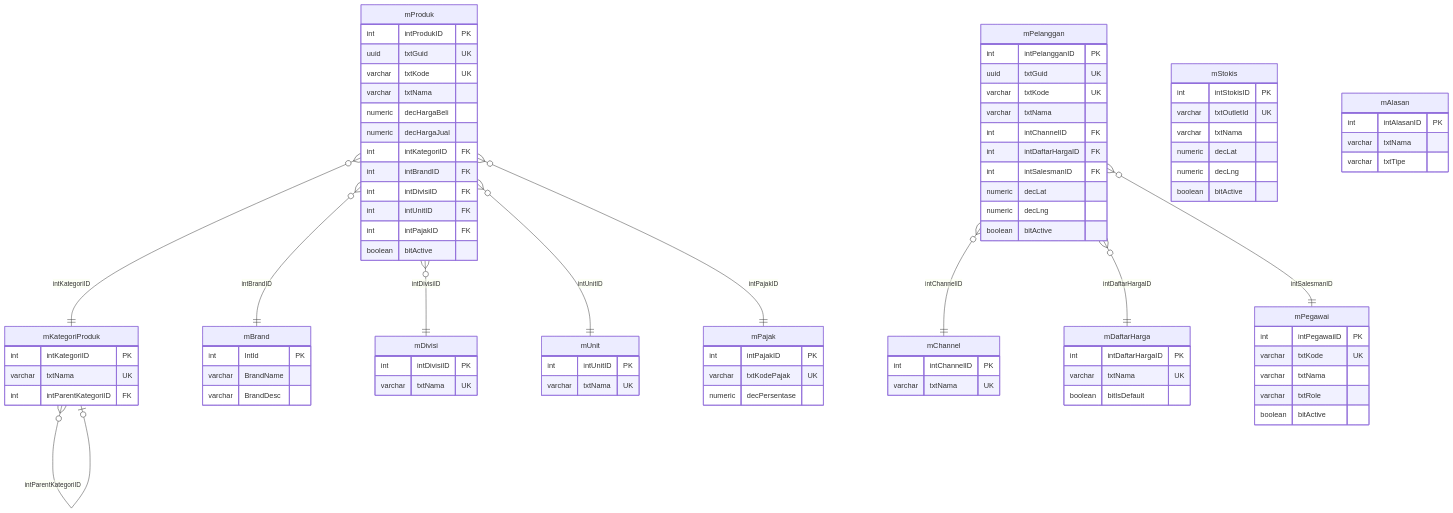
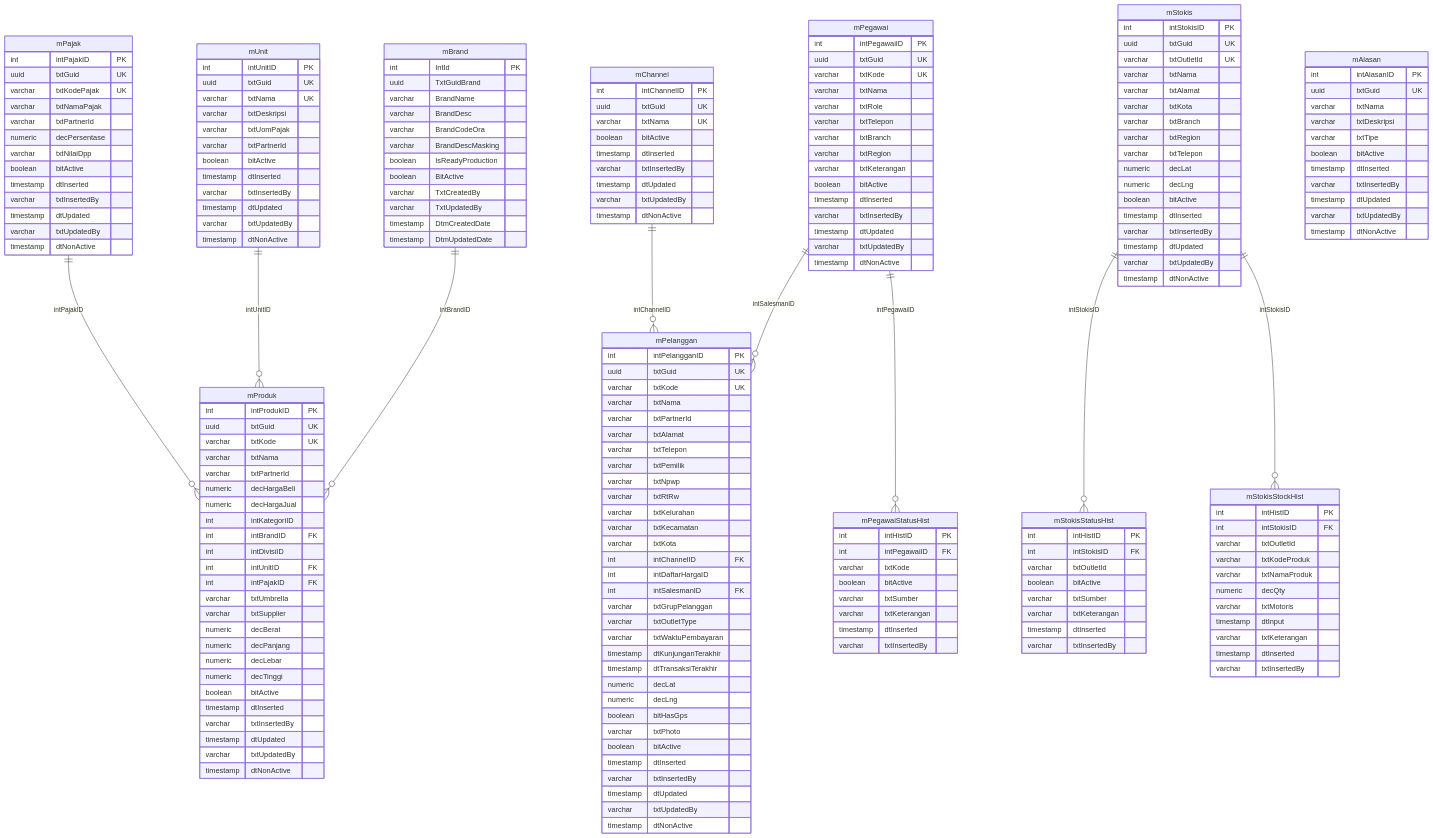
Before and after one commit to Agengkurnia/prototype-falcon-fprs-web: the second of 2 diagrams in wwwroot/document/FSD/FalconWebPortal/source/FSD_Falcon_Web_MasterData_v1.0.md, drawn with Mermaid. The commit also changed other lines of this file and 69 other files, not shown here.

````diff
--- a/wwwroot/document/FSD/FalconWebPortal/source/FSD_Falcon_Web_MasterData_v1.0.md
+++ b/wwwroot/document/FSD/FalconWebPortal/source/FSD_Falcon_Web_MasterData_v1.0.md
@@ -811,92 +894,208 @@
 ```mermaid
+%%{init: {"theme":"default","themeVariables":{"fontSize":"16px"},"er":{"layoutDirection":"TB","entityPadding":8,"fontSize":16}}}%%
 erDiagram
-    mProduk }o--|| mKategoriProduk : "intKategoriID"
-    mProduk }o--|| mBrand : "intBrandID"
-    mProduk }o--|| mDivisi : "intDivisiID"
-    mProduk }o--|| mUnit : "intUnitID"
-    mProduk }o--|| mPajak : "intPajakID"
-    mKategoriProduk }o--o| mKategoriProduk : "intParentKategoriID"
-
-    mPelanggan }o--|| mChannel : "intChannelID"
-    mPelanggan }o--|| mDaftarHarga : "intDaftarHargaID"
-    mPelanggan }o--|| mPegawai : "intSalesmanID"
+    mPajak ||--o{ mProduk : intPajakID
+    mUnit ||--o{ mProduk : intUnitID
+    mBrand ||--o{ mProduk : intBrandID
+    mChannel ||--o{ mPelanggan : intChannelID
+    mPegawai ||--o{ mPelanggan : intSalesmanID
+    mPegawai ||--o{ mPegawaiStatusHist : intPegawaiID
+    mStokis ||--o{ mStokisStatusHist : intStokisID
+    mStokis ||--o{ mStokisStockHist : intStokisID
 
     mProduk {
         int intProdukID PK
         uuid txtGuid UK
         varchar txtKode UK
         varchar txtNama
+        varchar txtPartnerId
         numeric decHargaBeli
         numeric decHargaJual
-        int intKategoriID FK
+        int intKategoriID
         int intBrandID FK
-        int intDivisiID FK
+        int intDivisiID
         int intUnitID FK
         int intPajakID FK
+        varchar txtUmbrella
+        varchar txtSupplier
+        numeric decBerat
+        numeric decPanjang
+        numeric decLebar
+        numeric decTinggi
         boolean bitActive
+        timestamp dtInserted
+        varchar txtInsertedBy
+        timestamp dtUpdated
+        varchar txtUpdatedBy
+        timestamp dtNonActive
+    }
+    mPajak {
+        int intPajakID PK
+        uuid txtGuid UK
+        varchar txtKodePajak UK
+        varchar txtNamaPajak
+        varchar txtPartnerId
+        numeric decPersentase
+        varchar txtNilaiDpp
+        boolean bitActive
+        timestamp dtInserted
+        varchar txtInsertedBy
+        timestamp dtUpdated
+        varchar txtUpdatedBy
+        timestamp dtNonActive
+    }
+    mUnit {
+        int intUnitID PK
+        uuid txtGuid UK
+        varchar txtNama UK
+        varchar txtDeskripsi
+        varchar txtUomPajak
+        varchar txtPartnerId
+        boolean bitActive
+        timestamp dtInserted
+        varchar txtInsertedBy
+        timestamp dtUpdated
+        varchar txtUpdatedBy
+        timestamp dtNonActive
+    }
+    mBrand {
+        int IntId PK
+        uuid TxtGuidBrand
+        varchar BrandName
+        varchar BrandDesc
+        varchar BrandCodeOra
+        varchar BrandDescMasking
+        boolean IsReadyProduction
+        boolean BitActive
+        varchar TxtCreatedBy
+        varchar TxtUpdatedBy
+        timestamp DtmCreatedDate
+        timestamp DtmUpdatedDate
     }
     mPelanggan {
         int intPelangganID PK
         uuid txtGuid UK
         varchar txtKode UK
         varchar txtNama
+        varchar txtPartnerId
+        varchar txtAlamat
+        varchar txtTelepon
+        varchar txtPemilik
+        varchar txtNpwp
+        varchar txtRtRw
+        varchar txtKelurahan
+        varchar txtKecamatan
+        varchar txtKota
         int intChannelID FK
-        int intDaftarHargaID FK
+        int intDaftarHargaID
         int intSalesmanID FK
+        varchar txtGrupPelanggan
+        varchar txtOutletType
+        varchar txtWaktuPembayaran
+        timestamp dtKunjunganTerakhir
+        timestamp dtTransaksiTerakhir
+        numeric decLat
+        numeric decLng
+        boolean bitHasGps
+        varchar txtPhoto
+        boolean bitActive
+        timestamp dtInserted
+        varchar txtInsertedBy
+        timestamp dtUpdated
+        varchar txtUpdatedBy
+        timestamp dtNonActive
+    }
+    mChannel {
+        int intChannelID PK
+        uuid txtGuid UK
+        varchar txtNama UK
+        boolean bitActive
+        timestamp dtInserted
+        varchar txtInsertedBy
+        timestamp dtUpdated
+        varchar txtUpdatedBy
+        timestamp dtNonActive
+    }
+    mPegawai {
+        int intPegawaiID PK
+        uuid txtGuid UK
+        varchar txtKode UK
+        varchar txtNama
+        varchar txtRole
+        varchar txtTelepon
+        varchar txtBranch
+        varchar txtRegion
+        varchar txtKeterangan
+        boolean bitActive
+        timestamp dtInserted
+        varchar txtInsertedBy
+        timestamp dtUpdated
+        varchar txtUpdatedBy
+        timestamp dtNonActive
+    }
+    mPegawaiStatusHist {
+        int intHistID PK
+        int intPegawaiID FK
+        varchar txtKode
+        boolean bitActive
+        varchar txtSumber
+        varchar txtKeterangan
+        timestamp dtInserted
+        varchar txtInsertedBy
+    }
+    mStokis {
+        int intStokisID PK
+        uuid txtGuid UK
+        varchar txtOutletId UK
+        varchar txtNama
+        varchar txtAlamat
+        varchar txtKota
+        varchar txtBranch
+        varchar txtRegion
+        varchar txtTelepon
         numeric decLat
         numeric decLng
         boolean bitActive
+        timestamp dtInserted
+        varchar txtInsertedBy
+        timestamp dtUpdated
+        varchar txtUpdatedBy
+        timestamp dtNonActive
     }
-    mPegawai {
-        int intPegawaiID PK
-        varchar txtKode UK
-        varchar txtNama
-        varchar txtRole
+    mStokisStatusHist {
+        int intHistID PK
+        int intStokisID FK
+        varchar txtOutletId
         boolean bitActive
+        varchar txtSumber
+        varchar txtKeterangan
+        timestamp dtInserted
+        varchar txtInsertedBy
     }
-    mStokis {
-        int intStokisID PK
-        varchar txtOutletId UK
-        varchar txtNama
-        numeric decLat
-        numeric decLng
-        boolean bitActive
-    }
-    mChannel {
-        int intChannelID PK
-        varchar txtNama UK
-    }
-    mPajak {
-        int intPajakID PK
-        varchar txtKodePajak UK
-        numeric decPersentase
+    mStokisStockHist {
+        int intHistID PK
+        int intStokisID FK
+        varchar txtOutletId
+        varchar txtKodeProduk
+        varchar txtNamaProduk
+        numeric decQty
+        varchar txtMotoris
+        timestamp dtInput
+        varchar txtKeterangan
+        timestamp dtInserted
+        varchar txtInsertedBy
     }
     mAlasan {
         int intAlasanID PK
+        uuid txtGuid UK
         varchar txtNama
+        varchar txtDeskripsi
         varchar txtTipe
-    }
-    mKategoriProduk {
-        int intKategoriID PK
-        varchar txtNama UK
-        int intParentKategoriID FK
-    }
-    mDivisi {
-        int intDivisiID PK
-        varchar txtNama UK
-    }
-    mUnit {
-        int intUnitID PK
-        varchar txtNama UK
-    }
-    mDaftarHarga {
-        int intDaftarHargaID PK
-        varchar txtNama UK
-        boolean bitIsDefault
-    }
-    mBrand {
-        int IntId PK
-        varchar BrandName
-        varchar BrandDesc
+        boolean bitActive
+        timestamp dtInserted
+        varchar txtInsertedBy
+        timestamp dtUpdated
+        varchar txtUpdatedBy
+        timestamp dtNonActive
     }
 ```
````
